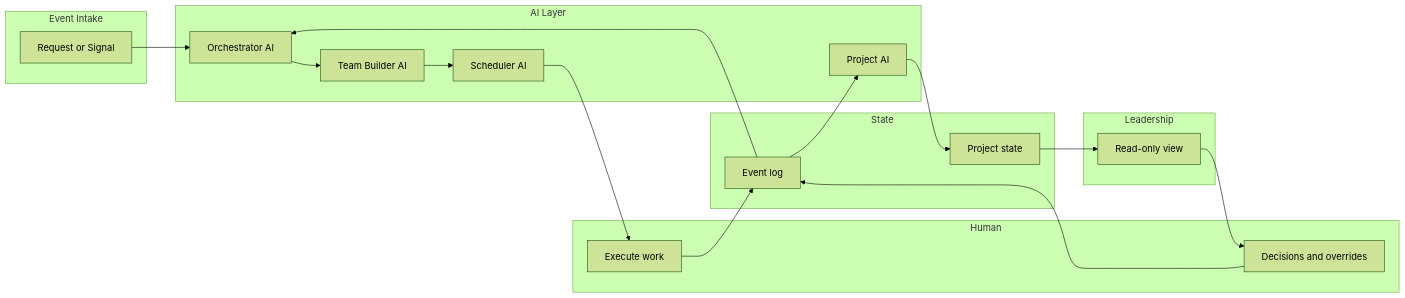
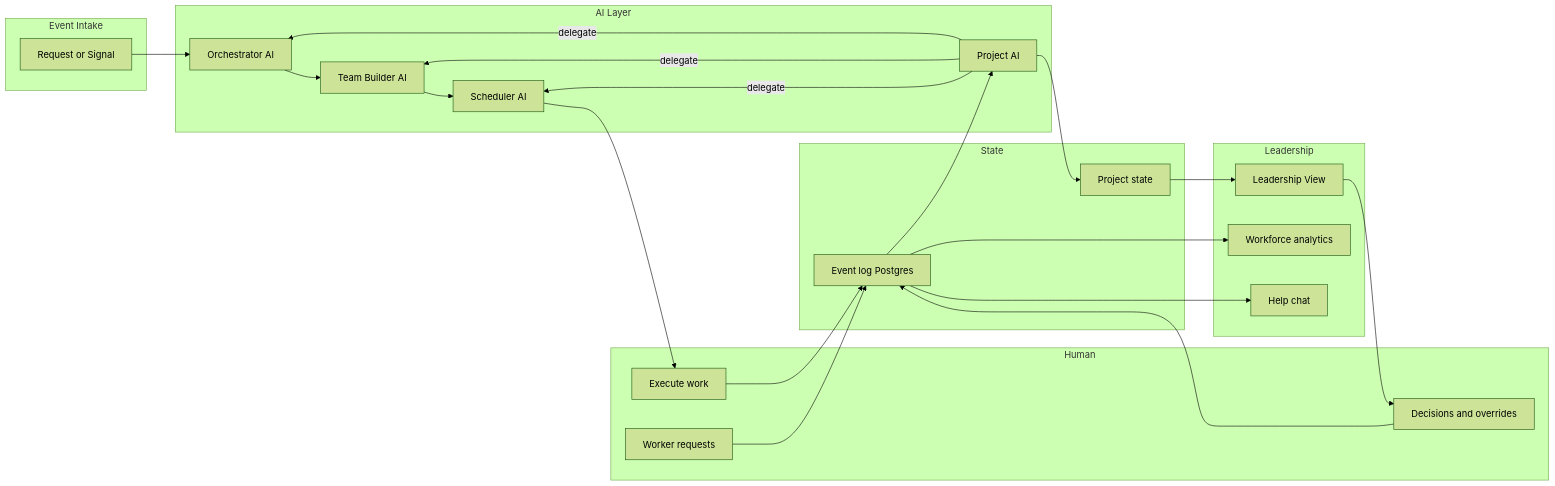
One commit to ashrees/AI-Native-Organization-System changed the diagram in docs/architecture.md. Above: the diagram before and after it, drawn with Mermaid (forest theme). The commit also changed other lines of this file and 26 other files, not shown here.

````diff
--- a/docs/architecture.md
+++ b/docs/architecture.md
@@ -15,35 +15,43 @@
 ```mermaid
 flowchart LR
   subgraph intake [Event Intake]
     Request[Request or Signal]
   end
   subgraph ai [AI Layer]
     Orch[Orchestrator AI]
     Team[Team Builder AI]
     Sched[Scheduler AI]
     ProjAI[Project AI]
   end
   subgraph human [Human]
     Execute[Execute work]
     Decide[Decisions and overrides]
+    WorkerReq[Worker requests]
   end
   subgraph state [State]
-    Events[Event log]
+    Events[Event log Postgres]
     State[Project state]
   end
   subgraph view [Leadership]
-    View[Read-only view]
+    LV[Leadership View]
+    WF[Workforce analytics]
+    HC[Help chat]
   end
 
   Request --> Orch
   Orch --> Team
   Team --> Sched
   Sched --> Execute
   Execute --> Events
   Events --> ProjAI
+  ProjAI -->|delegate| Orch
+  ProjAI -->|delegate| Team
+  ProjAI -->|delegate| Sched
   ProjAI --> State
-  State --> View
-  View --> Decide
+  State --> LV
+  Events --> WF
+  Events --> HC
+  WorkerReq --> Events
+  LV --> Decide
   Decide --> Events
-  Events --> Orch
 ```
````
